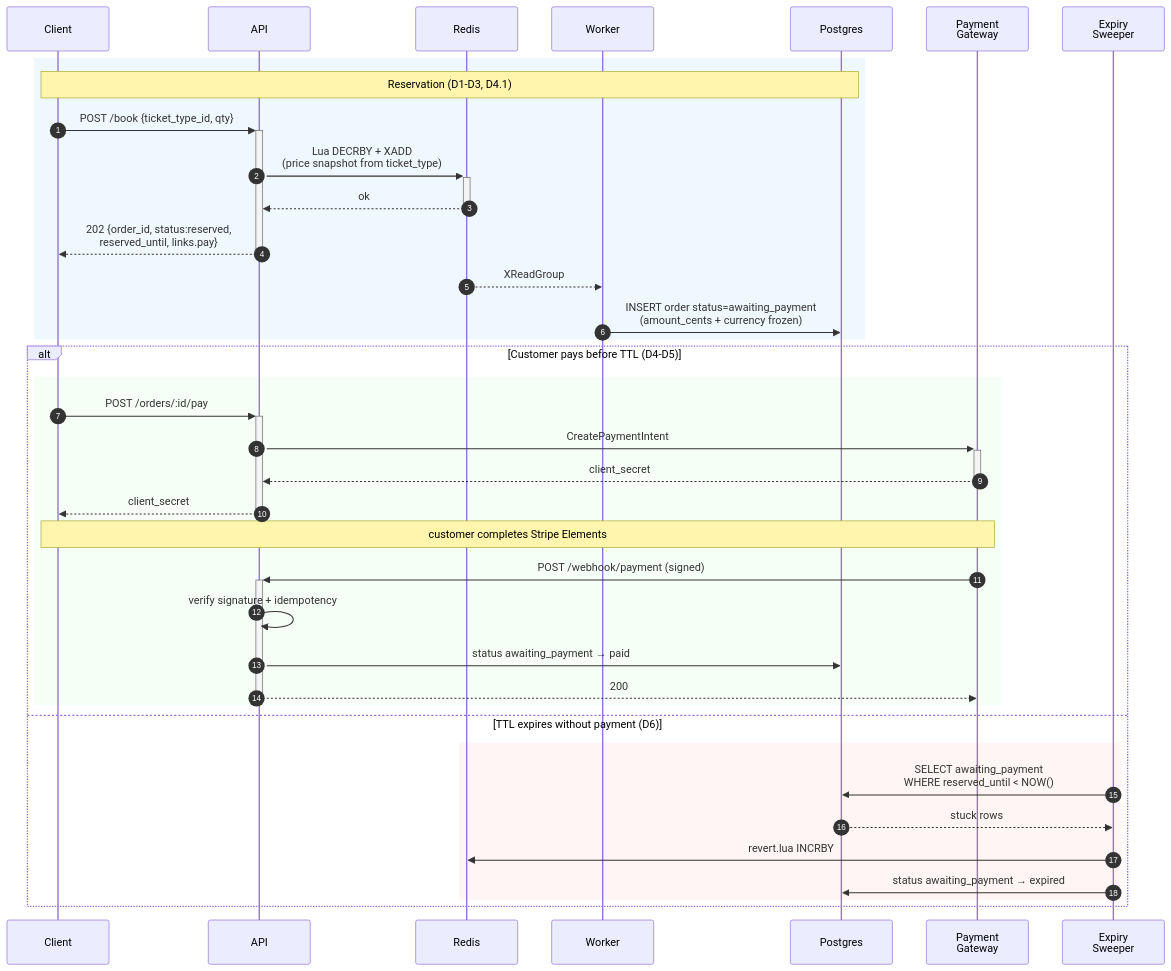
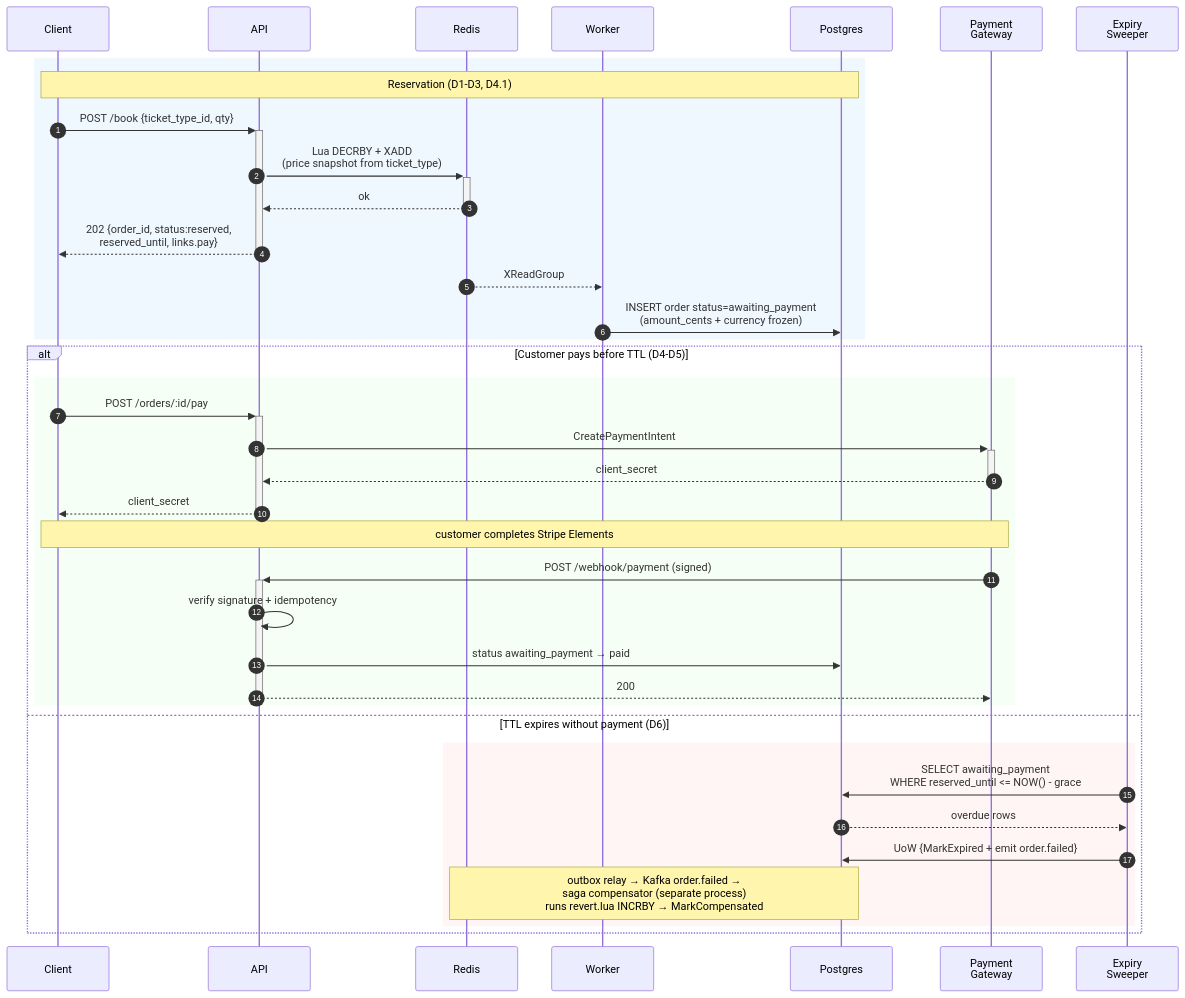
One commit to Leon180/booking_monitor changed the sixth of 6 diagrams in README.md. Above: the diagram before and after it, drawn with Mermaid. The commit also changed other lines of this file and 28 other files, not shown here.

````diff
--- a/README.md
+++ b/README.md
@@ -110,42 +110,42 @@
 ```mermaid
 sequenceDiagram
     autonumber
     participant C as Client
     participant API
     participant R as Redis
     participant W as Worker
     participant P as Postgres
     participant GW as Payment<br/>Gateway
     participant SW as Expiry<br/>Sweeper
 
     rect rgb(240, 248, 255)
     Note over C,P: Reservation (D1-D3, D4.1)
     C->>+API: POST /book {ticket_type_id, qty}
     API->>+R: Lua DECRBY + XADD<br/>(price snapshot from ticket_type)
     R-->>-API: ok
     API-->>-C: 202 {order_id, status:reserved,<br/>reserved_until, links.pay}
     R-->>W: XReadGroup
     W->>P: INSERT order status=awaiting_payment<br/>(amount_cents + currency frozen)
     end
 
     alt Customer pays before TTL (D4-D5)
         rect rgb(245, 255, 245)
         C->>+API: POST /orders/:id/pay
         API->>+GW: CreatePaymentIntent
         GW-->>-API: client_secret
         API-->>-C: client_secret
         Note over C,GW: customer completes Stripe Elements
         GW->>+API: POST /webhook/payment (signed)
         API->>API: verify signature + idempotency
         API->>P: status awaiting_payment → paid
         API-->>-GW: 200
         end
     else TTL expires without payment (D6)
         rect rgb(255, 245, 245)
-        SW->>P: SELECT awaiting_payment<br/>WHERE reserved_until < NOW()
-        P-->>SW: stuck rows
-        SW->>R: revert.lua INCRBY
-        SW->>P: status awaiting_payment → expired
+        SW->>P: SELECT awaiting_payment<br/>WHERE reserved_until <= NOW() - grace
+        P-->>SW: overdue rows
+        SW->>P: UoW {MarkExpired + emit order.failed}
+        Note over P,R: outbox relay → Kafka order.failed →<br/>saga compensator (separate process)<br/>runs revert.lua INCRBY → MarkCompensated
         end
     end
 ```
````
